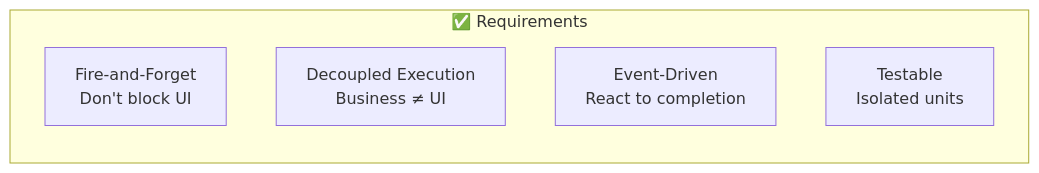
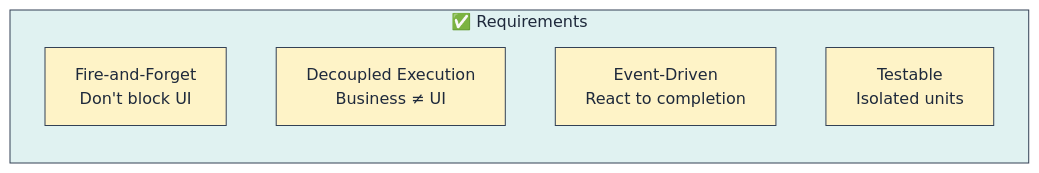
Before and after one commit to lploc94/flutter_orchestrator: the sixth of 6 diagrams in book/chapters/01_the_pain.md, drawn with Mermaid. The commit also changed other lines of this file and 3 other files, not shown here.

````diff
--- a/book/chapters/01_the_pain.md
+++ b/book/chapters/01_the_pain.md
@@ -209,9 +244,15 @@
 ```mermaid
 graph LR
     subgraph Requirements["✅ Requirements"]
         R1["Fire-and-Forget<br/>Don't block UI"]
         R2["Decoupled Execution<br/>Business ≠ UI"]
         R3["Event-Driven<br/>React to completion"]
         R4["Testable<br/>Isolated units"]
     end
+    
+    style Requirements fill:#e0f2f1,stroke:#334155,color:#1e293b
+    style R1 fill:#fef3c7,stroke:#334155,color:#1e293b
+    style R2 fill:#fef3c7,stroke:#334155,color:#1e293b
+    style R3 fill:#fef3c7,stroke:#334155,color:#1e293b
+    style R4 fill:#fef3c7,stroke:#334155,color:#1e293b
 ```
````
